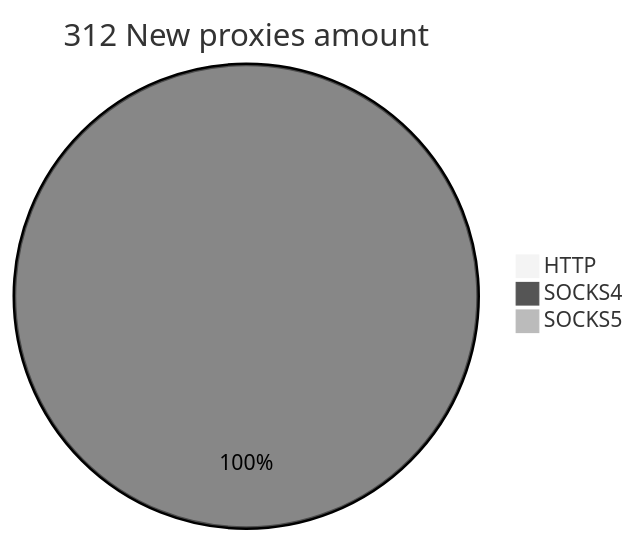
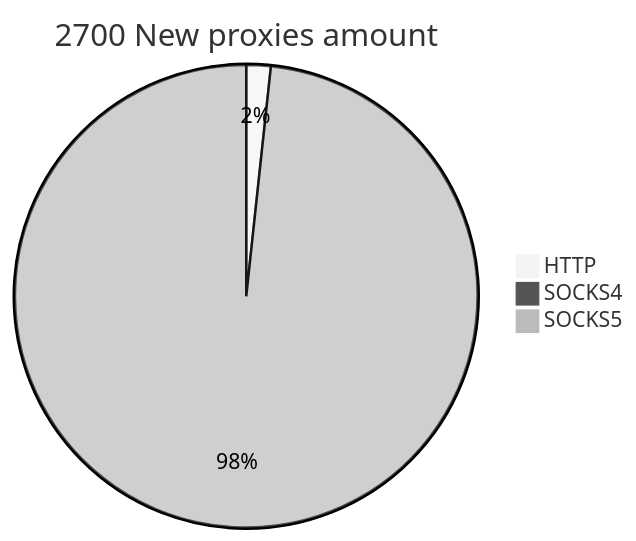
The second of 2 diagrams in README.md (cutipu/proxylist), drawn with Mermaid (neutral theme) before and after one commit. The commit also changed other lines of this file, not shown here.

````diff
--- a/README.md
+++ b/README.md
@@ -10,6 +10,6 @@
 ```mermaid
-pie title 312 New proxies amount
-    "HTTP" : 0
-    "SOCKS4" : 594
-    "SOCKS5" : 0
+pie title 2700 New proxies amount
+    "HTTP" : 46
+    "SOCKS4" : 0
+    "SOCKS5" : 2657
 ```
````
